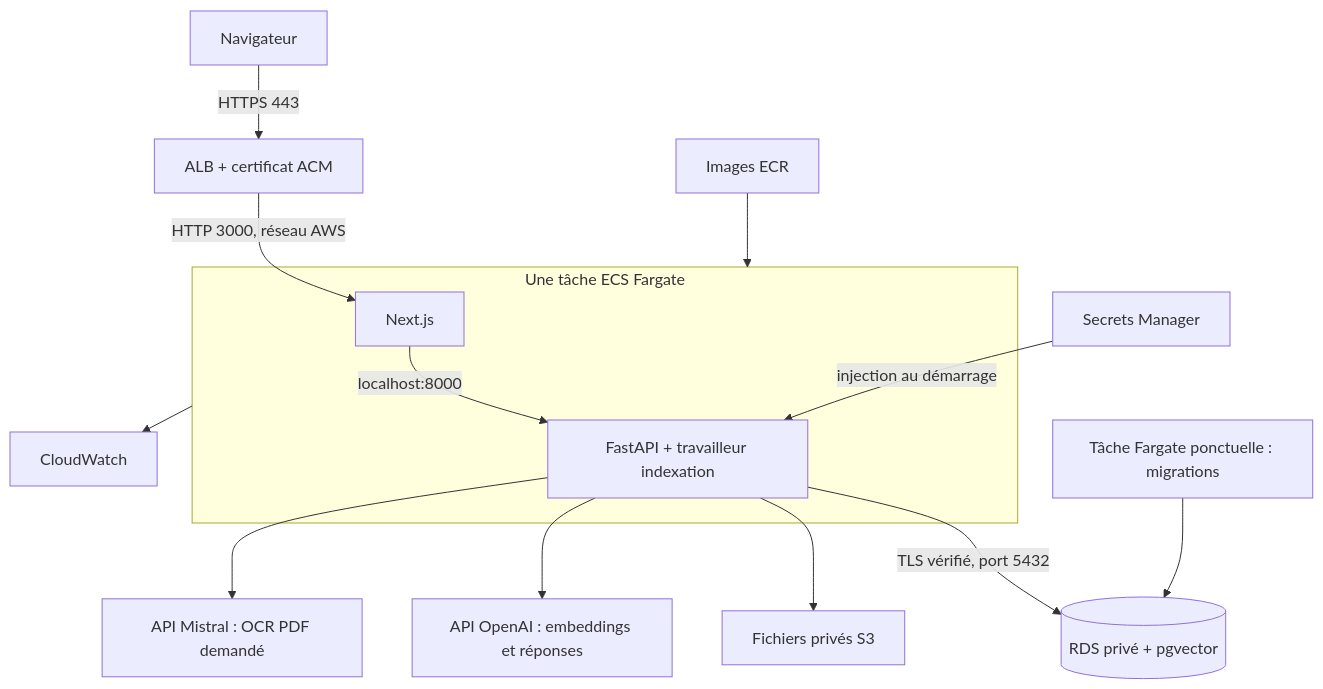
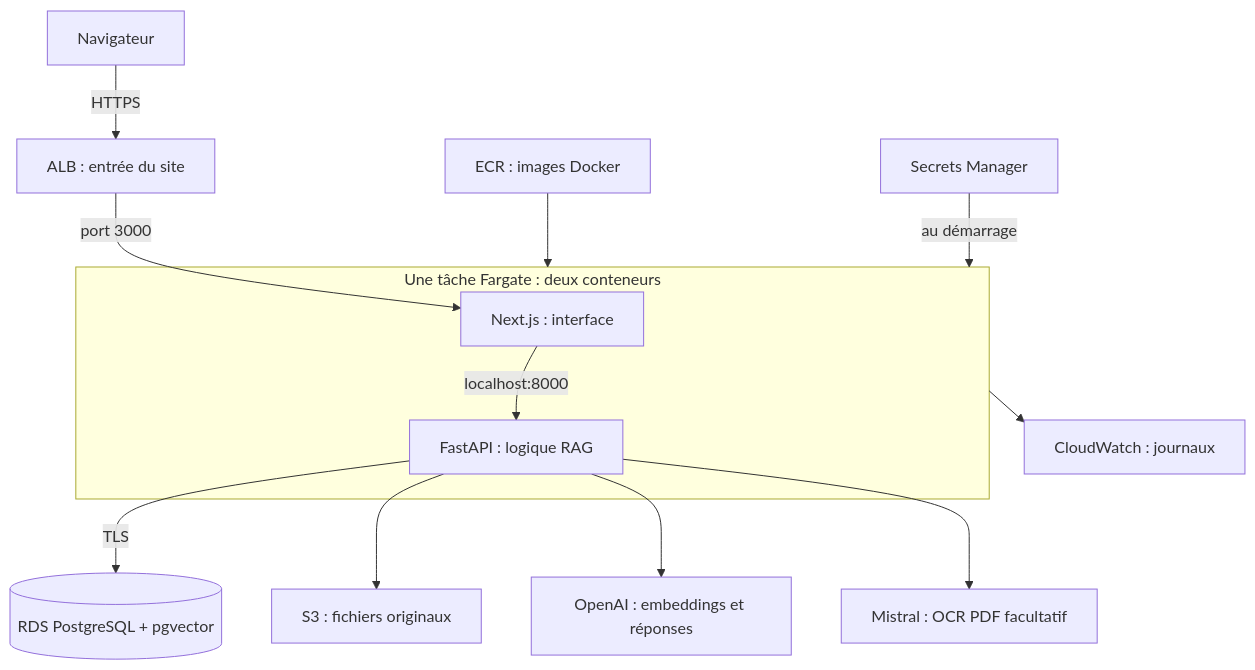
Before and after one commit to AmauryLeChaffotec/atelier-rag: the diagram in documentation/deployer-sur-aws.md, drawn with Mermaid. The commit also changed other lines of this file and 40 other files, not shown here.

````diff
--- a/documentation/deployer-sur-aws.md
+++ b/documentation/deployer-sur-aws.md
@@ -23,16 +27,15 @@
 ```mermaid
 flowchart TD
-    Visiteur[Navigateur] -->|HTTPS 443| ALB[ALB + certificat ACM]
-    ALB -->|HTTP 3000, réseau AWS| Interface[Next.js]
-    subgraph Tache[Une tâche ECS Fargate]
-        Interface -->|localhost:8000| API[FastAPI + travailleur indexation]
+    Navigateur -->|HTTPS| ALB[ALB : entrée du site]
+    subgraph Fargate[Une tâche Fargate : deux conteneurs]
+        Interface[Next.js : interface] -->|localhost:8000| API[FastAPI : logique RAG]
     end
-    ECR[Images ECR] --> Tache
-    Secrets[Secrets Manager] -->|injection au démarrage| API
-    API -->|TLS vérifié, port 5432| RDS[(RDS privé + pgvector)]
-    API --> S3[Fichiers privés S3]
-    API --> OpenAI[API OpenAI : embeddings et réponses]
-    API --> Mistral[API Mistral : OCR PDF demandé]
-    Tache --> Logs[CloudWatch]
-    Migration[Tâche Fargate ponctuelle : migrations] --> RDS
+    ALB -->|port 3000| Interface
+    API -->|TLS| RDS[(RDS PostgreSQL + pgvector)]
+    API --> S3[S3 : fichiers originaux]
+    API --> OpenAI[OpenAI : embeddings et réponses]
+    API --> Mistral[Mistral : OCR PDF facultatif]
+    ECR[ECR : images Docker] --> Fargate
+    Secrets[Secrets Manager] -->|au démarrage| Fargate
+    Fargate --> Logs[CloudWatch : journaux]
 ```
````
